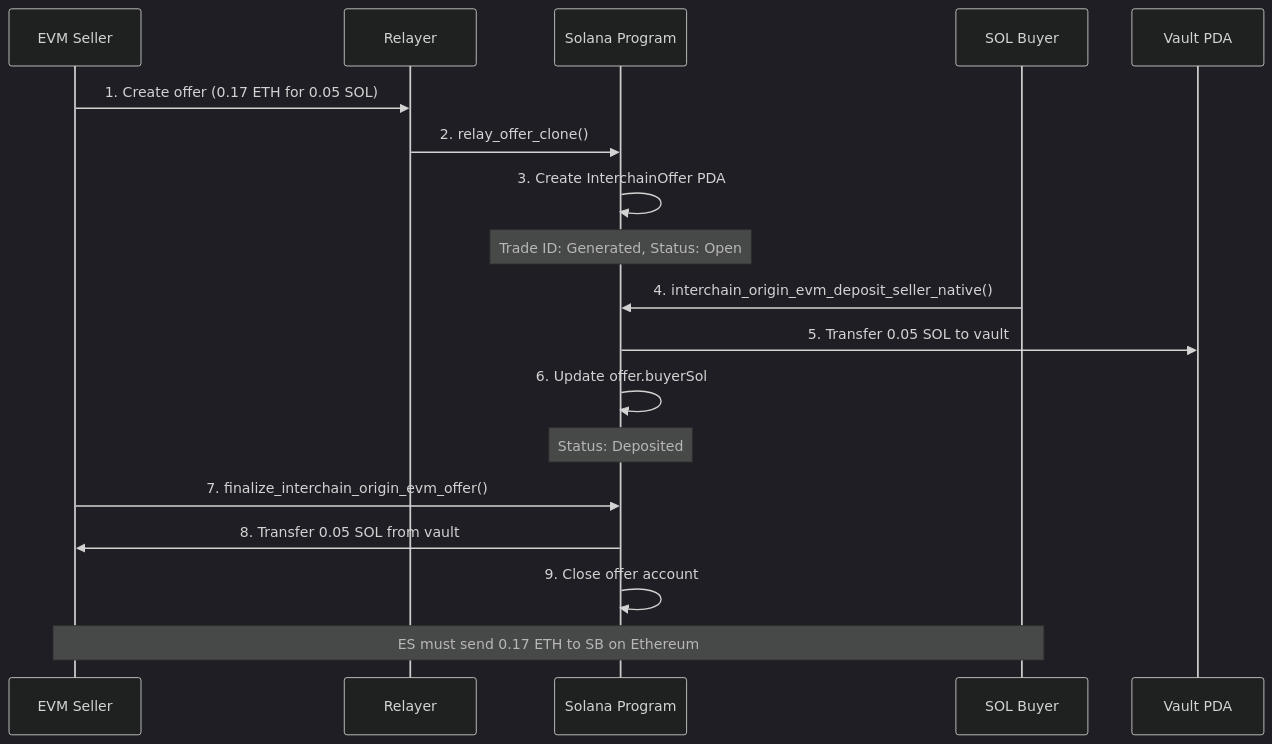
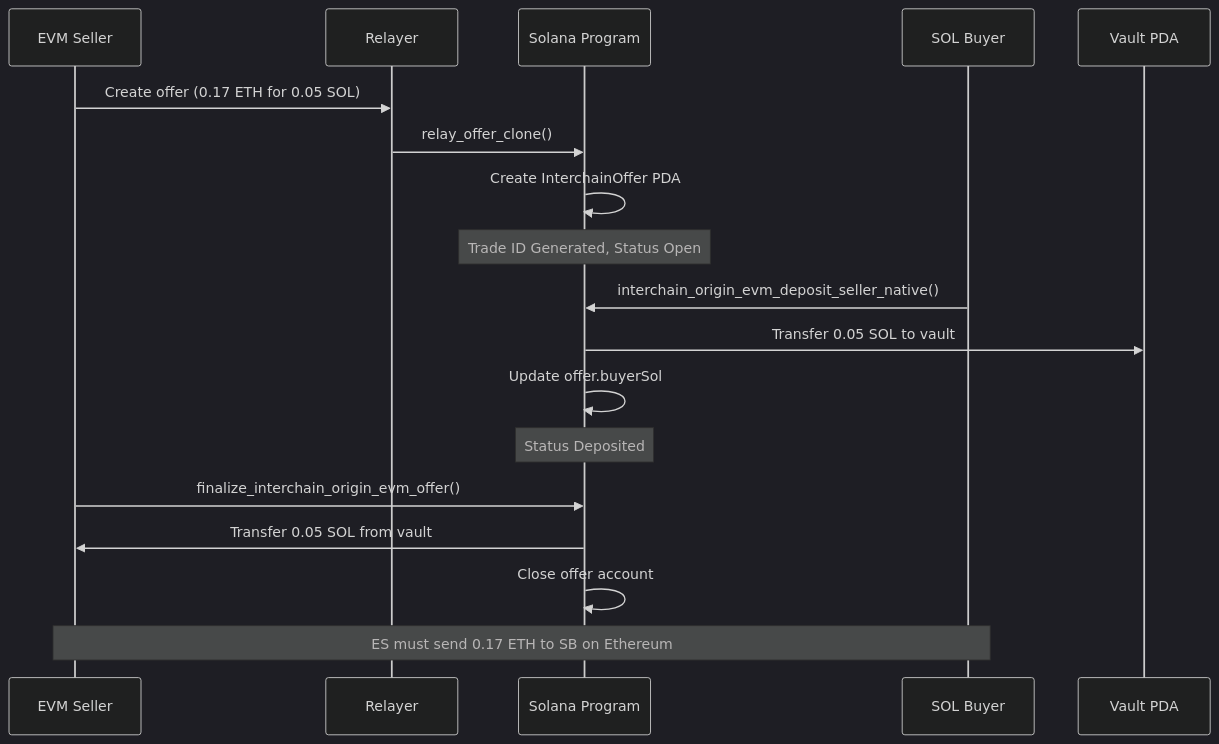
One commit to Rahul-Prasad-07/cross-chain-p2p-exchange changed the third of 7 diagrams in ChaiDEX_PROTOCOL_DOCUMENTATION.md. Above: the diagram before and after it, drawn with Mermaid (dark theme). The commit also changed other lines of this file and 6 other files, not shown here.

````diff
--- a/ChaiDEX_PROTOCOL_DOCUMENTATION.md
+++ b/ChaiDEX_PROTOCOL_DOCUMENTATION.md
@@ -75,23 +101,23 @@
 ```mermaid
 sequenceDiagram
     participant ES as EVM Seller
     participant R as Relayer
     participant SP as Solana Program
     participant SB as SOL Buyer
     participant V as Vault PDA
     
-    ES->>R: 1. Create offer (0.17 ETH for 0.05 SOL)
-    R->>SP: 2. relay_offer_clone()
-    SP->>SP: 3. Create InterchainOffer PDA
-    Note over SP: Trade ID: Generated, Status: Open
+    ES->>R: Create offer (0.17 ETH for 0.05 SOL)
+    R->>SP: relay_offer_clone()
+    SP->>SP: Create InterchainOffer PDA
+    Note over SP: Trade ID Generated, Status Open
     
-    SB->>SP: 4. interchain_origin_evm_deposit_seller_native()
-    SP->>V: 5. Transfer 0.05 SOL to vault
-    SP->>SP: 6. Update offer.buyerSol
-    Note over SP: Status: Deposited
+    SB->>SP: interchain_origin_evm_deposit_seller_native()
+    SP->>V: Transfer 0.05 SOL to vault
+    SP->>SP: Update offer.buyerSol
+    Note over SP: Status Deposited
     
-    ES->>SP: 7. finalize_interchain_origin_evm_offer()
-    SP->>ES: 8. Transfer 0.05 SOL from vault
-    SP->>SP: 9. Close offer account
+    ES->>SP: finalize_interchain_origin_evm_offer()
+    SP->>ES: Transfer 0.05 SOL from vault
+    SP->>SP: Close offer account
     Note over ES,SB: ES must send 0.17 ETH to SB on Ethereum
 ```
````
